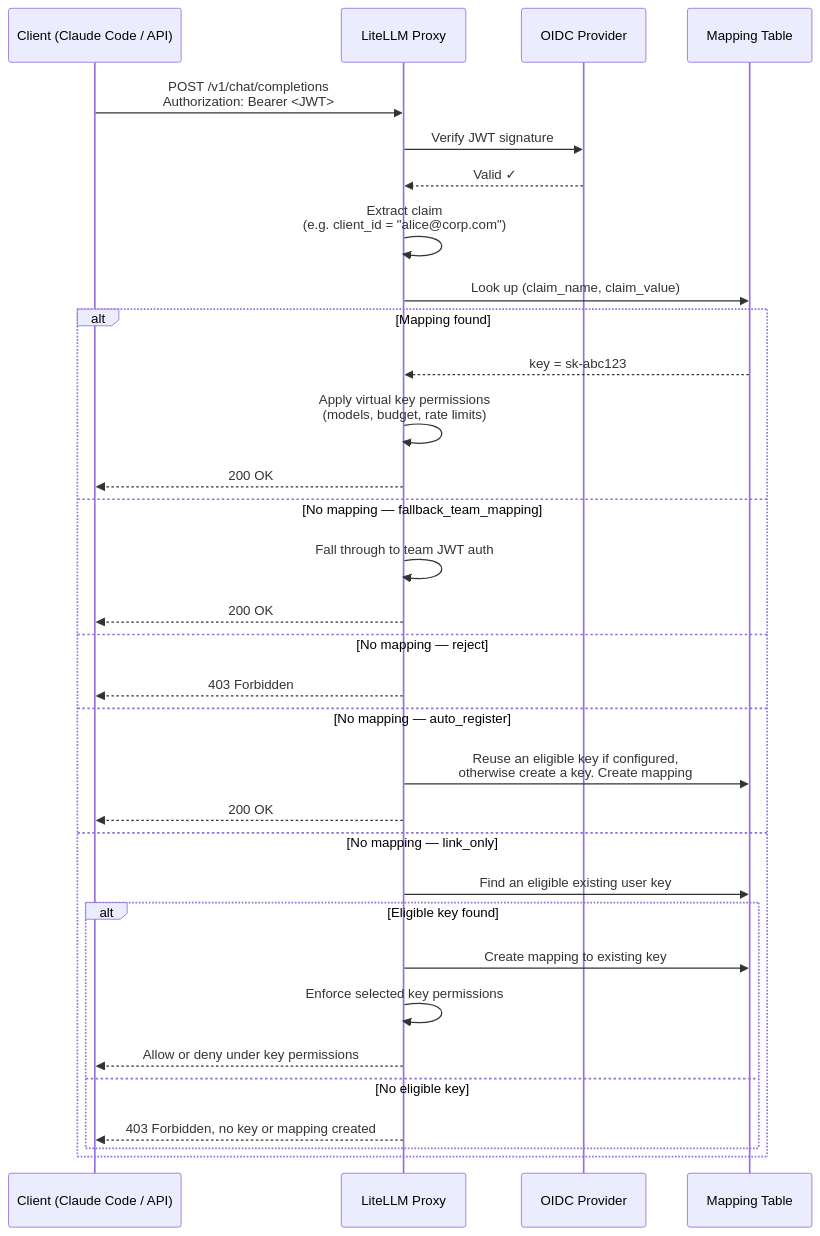
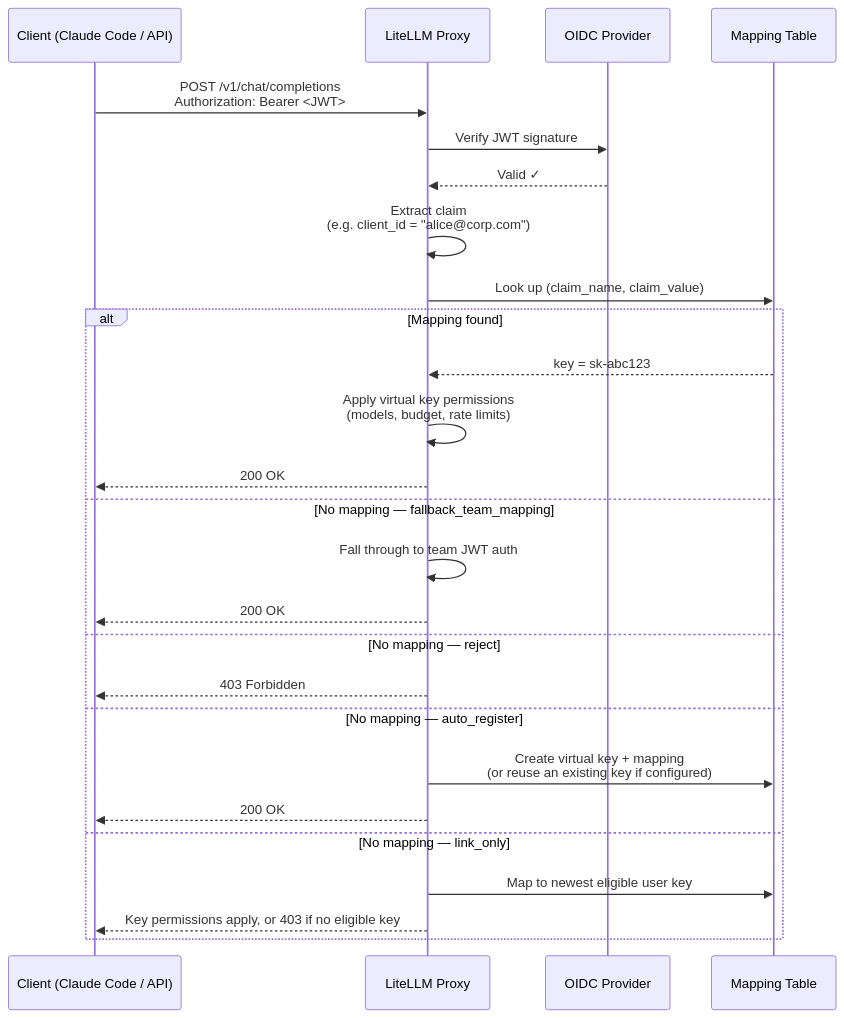
Before and after one commit to BerriAI/litellm-docs: the diagram in docs/proxy/jwt_key_mapping.md, drawn with Mermaid. The commit also changed other lines of this file and 2 other files, not shown here.

````diff
--- a/docs/proxy/jwt_key_mapping.md
+++ b/docs/proxy/jwt_key_mapping.md
@@ -15,38 +15,32 @@
 ```mermaid
 sequenceDiagram
     participant Client as Client (Claude Code / API)
     participant Proxy as LiteLLM Proxy
     participant OIDC as OIDC Provider
     participant DB as Mapping Table
 
     Client->>Proxy: POST /v1/chat/completions<br/>Authorization: Bearer <JWT>
 
     Proxy->>OIDC: Verify JWT signature
     OIDC-->>Proxy: Valid ✓
 
     Proxy->>Proxy: Extract claim<br/>(e.g. client_id = "alice@corp.com")
 
     Proxy->>DB: Look up (claim_name, claim_value)
     alt Mapping found
         DB-->>Proxy: key = sk-abc123
         Proxy->>Proxy: Apply virtual key permissions<br/>(models, budget, rate limits)
         Proxy-->>Client: 200 OK
     else No mapping — fallback_team_mapping
         Proxy->>Proxy: Fall through to team JWT auth
         Proxy-->>Client: 200 OK
     else No mapping — reject
         Proxy-->>Client: 403 Forbidden
     else No mapping — auto_register
-        Proxy->>DB: Reuse an eligible key if configured,<br/>otherwise create a key. Create mapping
+        Proxy->>DB: Create virtual key + mapping<br/>(or reuse an existing key if configured)
         Proxy-->>Client: 200 OK
     else No mapping — link_only
-        Proxy->>DB: Find an eligible existing user key
-        alt Eligible key found
-            Proxy->>DB: Create mapping to existing key
-            Proxy->>Proxy: Enforce selected key permissions
-            Proxy-->>Client: Allow or deny under key permissions
-        else No eligible key
-            Proxy-->>Client: 403 Forbidden, no key or mapping created
-        end
+        Proxy->>DB: Map to newest eligible user key
+        Proxy-->>Client: Key permissions apply, or 403 if no eligible key
     end
 ```
````
